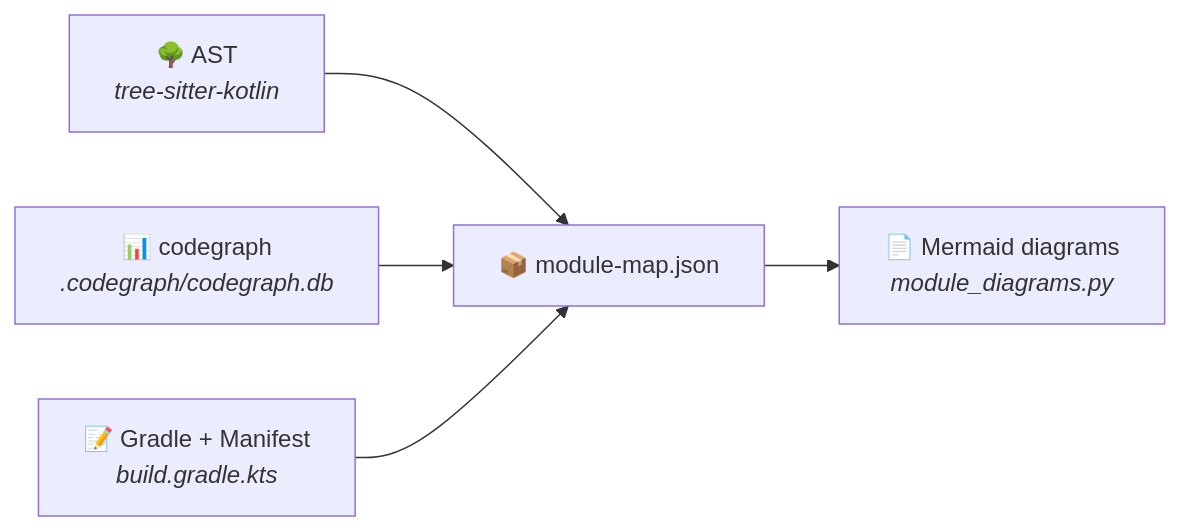
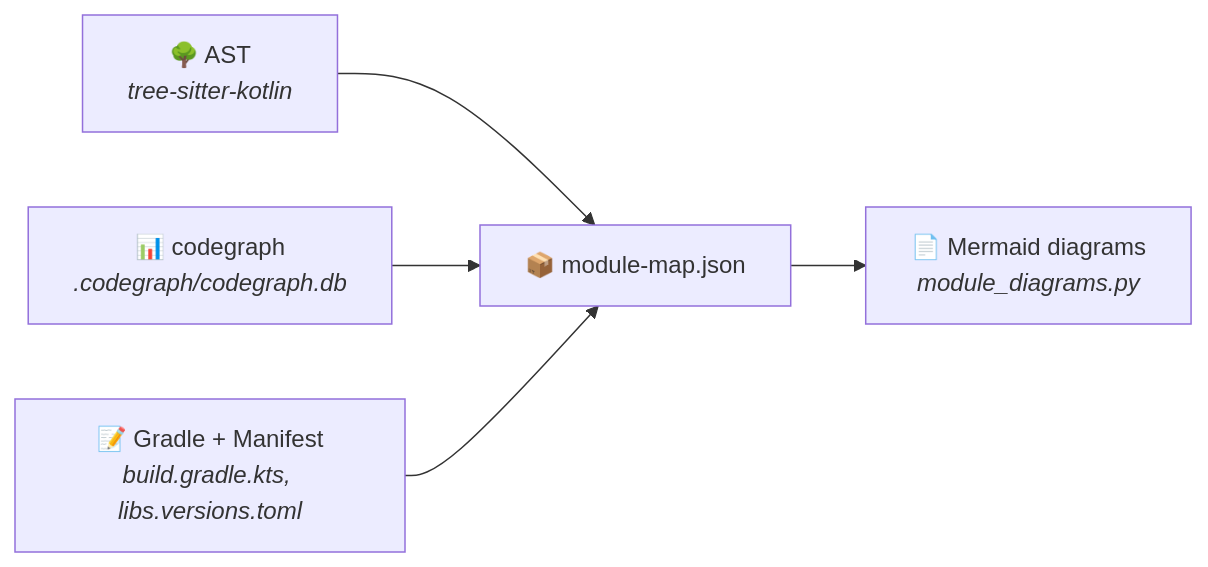
The second of 2 diagrams in README.md (pfranccino/android-module-map), drawn with Mermaid before and after one commit. The commit also changed other lines of this file and 1 other file, not shown here.

````diff
--- a/README.md
+++ b/README.md
@@ -209,7 +269,7 @@
 ```mermaid
 graph LR
     A["🌳 AST<br/><i>tree-sitter-kotlin</i>"] --> D["📦 module-map.json"]
     B["📊 codegraph<br/><i>.codegraph/codegraph.db</i>"] --> D
-    C["📝 Gradle + Manifest<br/><i>build.gradle.kts</i>"] --> D
+    C["📝 Gradle + Manifest<br/><i>build.gradle.kts, libs.versions.toml</i>"] --> D
     D --> E["📄 Mermaid diagrams<br/><i>module_diagrams.py</i>"]
 ```
````
